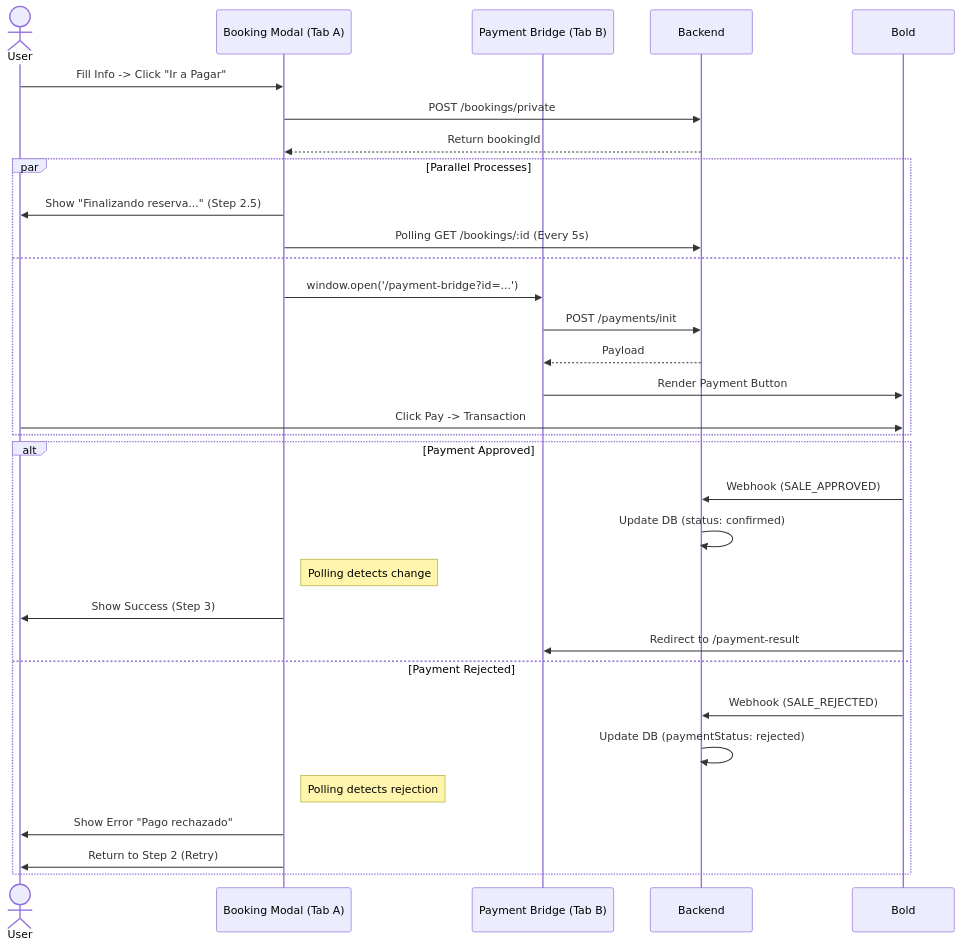
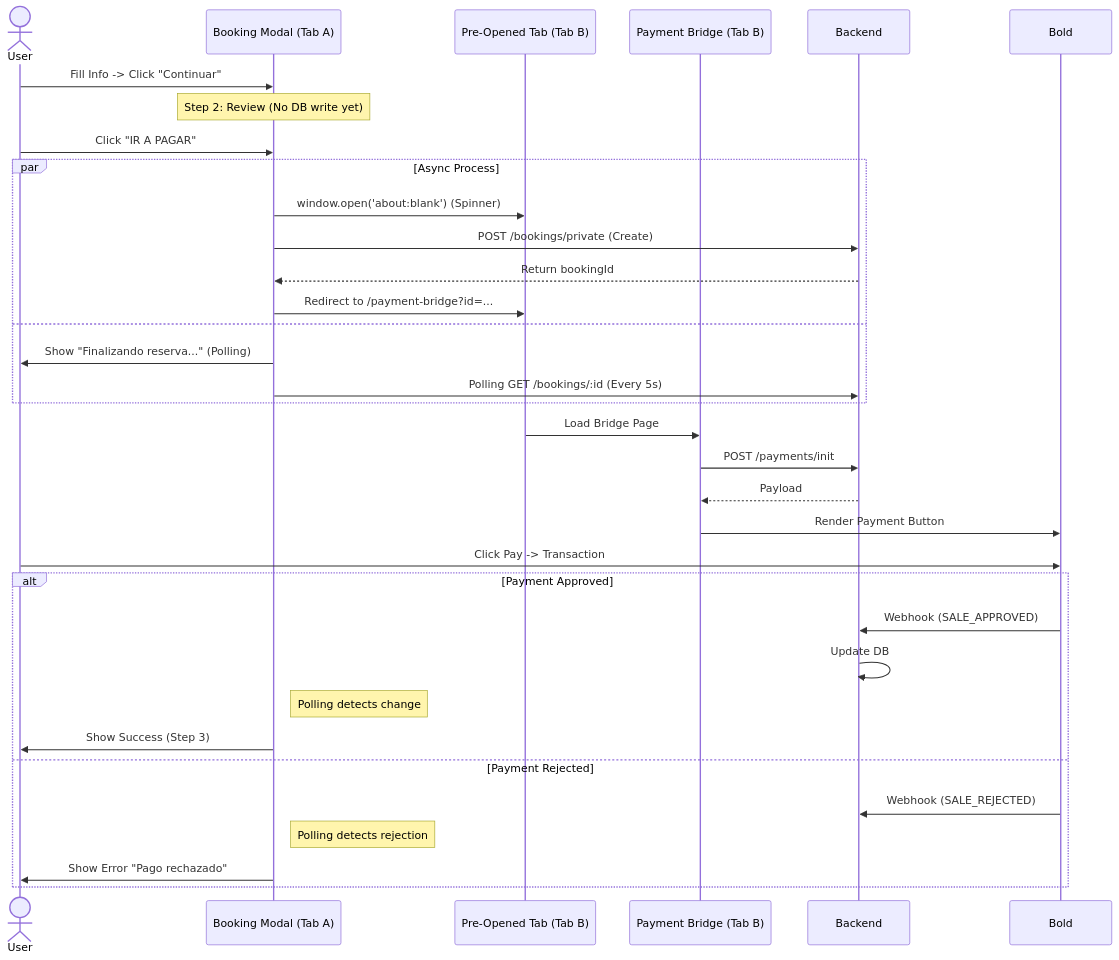
Before and after one commit to ChrisBeep98/NEVADOTREK.COM-V3.0-PROYECY: the diagram in frontend-docs/03-FLOWS.md, drawn with Mermaid. The commit also changed other lines of this file and 2 other files, not shown here.

Commit message:
feat(booking): implement just-in-time booking creation and pre-open tab strategy for payment bridge

````diff
--- a/frontend-docs/03-FLOWS.md
+++ b/frontend-docs/03-FLOWS.md
@@ -5,40 +5,45 @@
 ```mermaid
 sequenceDiagram
     actor User
     participant MainTab as Booking Modal (Tab A)
+    participant PreTab as Pre-Opened Tab (Tab B)
     participant Bridge as Payment Bridge (Tab B)
     participant Backend
     participant Bold
 
-    User->>MainTab: Fill Info -> Click "Ir a Pagar"
-    MainTab->>Backend: POST /bookings/private
-    Backend-->>MainTab: Return bookingId
+    User->>MainTab: Fill Info -> Click "Continuar"
+    Note over MainTab: Step 2: Review (No DB write yet)
     
-    par Parallel Processes
-        MainTab->>User: Show "Finalizando reserva..." (Step 2.5)
+    User->>MainTab: Click "IR A PAGAR"
+    
+    par Async Process
+        MainTab->>PreTab: window.open('about:blank') (Spinner)
+        MainTab->>Backend: POST /bookings/private (Create)
+        Backend-->>MainTab: Return bookingId
+        
+        MainTab->>PreTab: Redirect to /payment-bridge?id=...
+    and
+        MainTab->>User: Show "Finalizando reserva..." (Polling)
         MainTab->>Backend: Polling GET /bookings/:id (Every 5s)
-    and
-        MainTab->>Bridge: window.open('/payment-bridge?id=...')
-        Bridge->>Backend: POST /payments/init
-        Backend-->>Bridge: Payload
-        Bridge->>Bold: Render Payment Button
-        User->>Bold: Click Pay -> Transaction
     end
+    
+    PreTab->>Bridge: Load Bridge Page
+    Bridge->>Backend: POST /payments/init
+    Backend-->>Bridge: Payload
+    Bridge->>Bold: Render Payment Button
+    
+    User->>Bold: Click Pay -> Transaction
     
     alt Payment Approved
         Bold->>Backend: Webhook (SALE_APPROVED)
-        Backend->>Backend: Update DB (status: confirmed)
+        Backend->>Backend: Update DB
         
         Note right of MainTab: Polling detects change
         MainTab->>User: Show Success (Step 3)
-        
-        Bold->>Bridge: Redirect to /payment-result
     else Payment Rejected
         Bold->>Backend: Webhook (SALE_REJECTED)
-        Backend->>Backend: Update DB (paymentStatus: rejected)
         
         Note right of MainTab: Polling detects rejection
         MainTab->>User: Show Error "Pago rechazado"
-        MainTab->>User: Return to Step 2 (Retry)
     end
 ```
````
